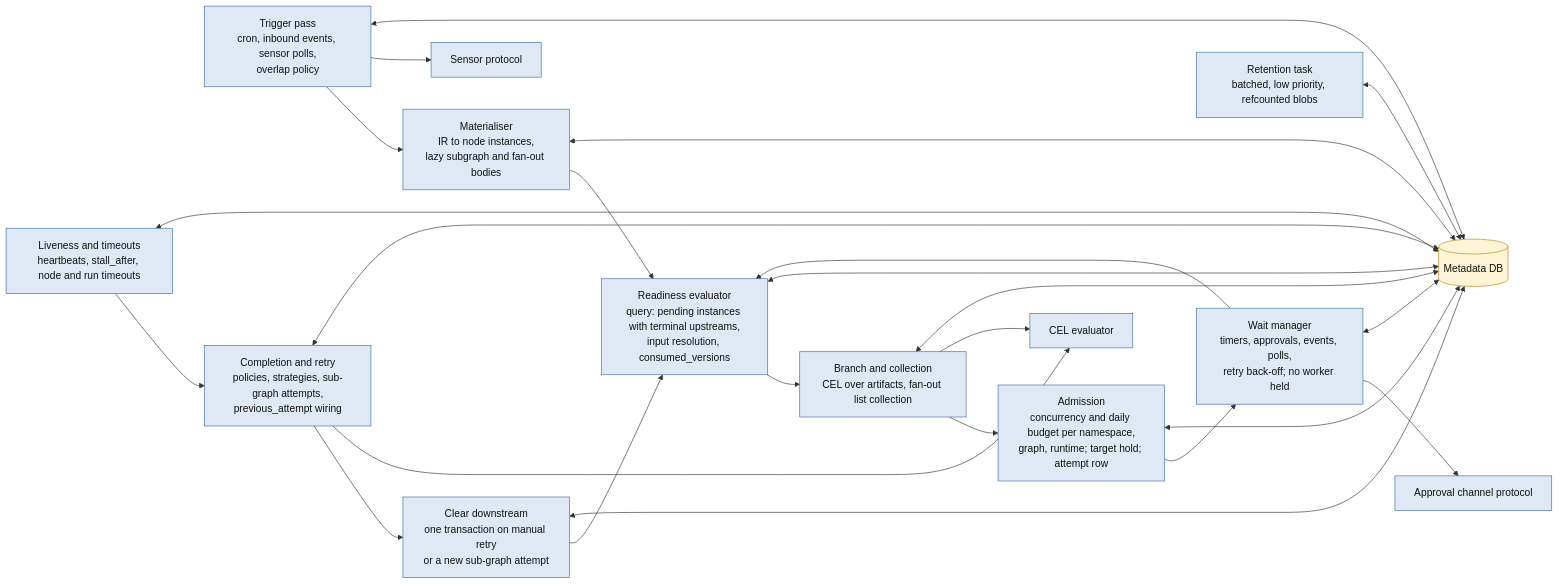
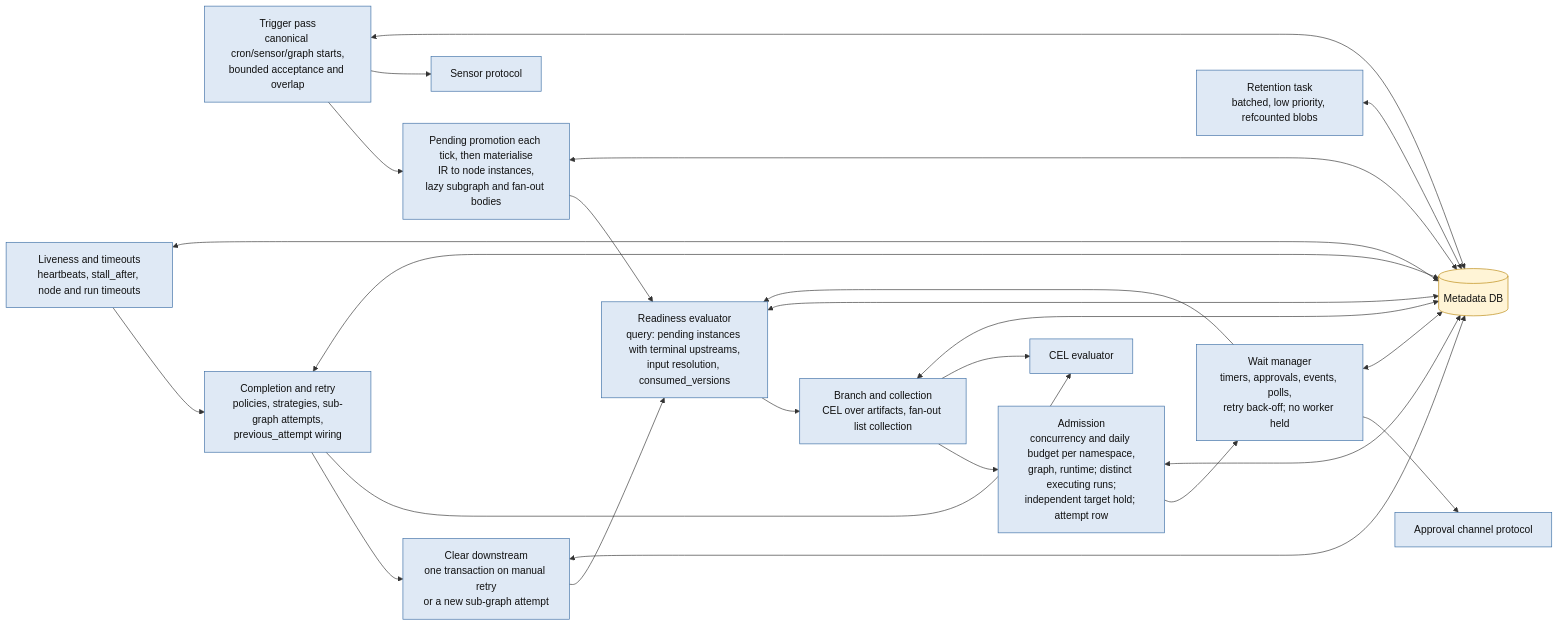
Before and after one commit to klukashka/kora: the third of 6 diagrams in knowledge/architecture/detailed.md, drawn with Mermaid. The commit also changed other lines of this file and 14 other files, not shown here.

````diff
--- a/knowledge/architecture/detailed.md
+++ b/knowledge/architecture/detailed.md
@@ -125,30 +125,30 @@
 ```mermaid
 flowchart LR
     classDef c fill:#dfe9f5,stroke:#3b6ea5,color:#111
     classDef store fill:#fff4d6,stroke:#b8860b,color:#111
 
     DB[(Metadata DB)]:::store
-    T[Trigger pass<br/>cron, inbound events, sensor polls,<br/>overlap policy]:::c
-    M[Materialiser<br/>IR to node instances,<br/>lazy subgraph and fan-out bodies]:::c
+    T[Trigger pass<br/>canonical cron/sensor/graph starts,<br/>bounded acceptance and overlap]:::c
+    M[Pending promotion each tick, then materialise<br/>IR to node instances,<br/>lazy subgraph and fan-out bodies]:::c
     R[Readiness evaluator<br/>query: pending instances with terminal upstreams,<br/>input resolution, consumed_versions]:::c
     B[Branch and collection<br/>CEL over artifacts, fan-out list collection]:::c
-    A[Admission<br/>concurrency and daily budget per namespace,<br/>graph, runtime; target hold; attempt row]:::c
+    A[Admission<br/>concurrency and daily budget per namespace,<br/>graph, runtime; distinct executing runs;<br/>independent target hold; attempt row]:::c
     W[Wait manager<br/>timers, approvals, events, polls,<br/>retry back-off; no worker held]:::c
     L[Liveness and timeouts<br/>heartbeats, stall_after, node and run timeouts]:::c
     C[Completion and retry<br/>policies, strategies, sub-graph attempts,<br/>previous_attempt wiring]:::c
     I[Clear downstream<br/>one transaction on manual retry<br/>or a new sub-graph attempt]:::c
     RET[Retention task<br/>batched, low priority, refcounted blobs]:::c
     CEL[CEL evaluator]:::c
     SEN[Sensor protocol]:::c
     APR[Approval channel protocol]:::c
 
     T --> M --> R --> B --> A
     A --> W
     W --> R
     L --> C --> I --> R
     T --> SEN
     W --> APR
     B --> CEL
     C --> CEL
     T & M & R & B & A & W & L & C & I & RET <--> DB
 ```
````
